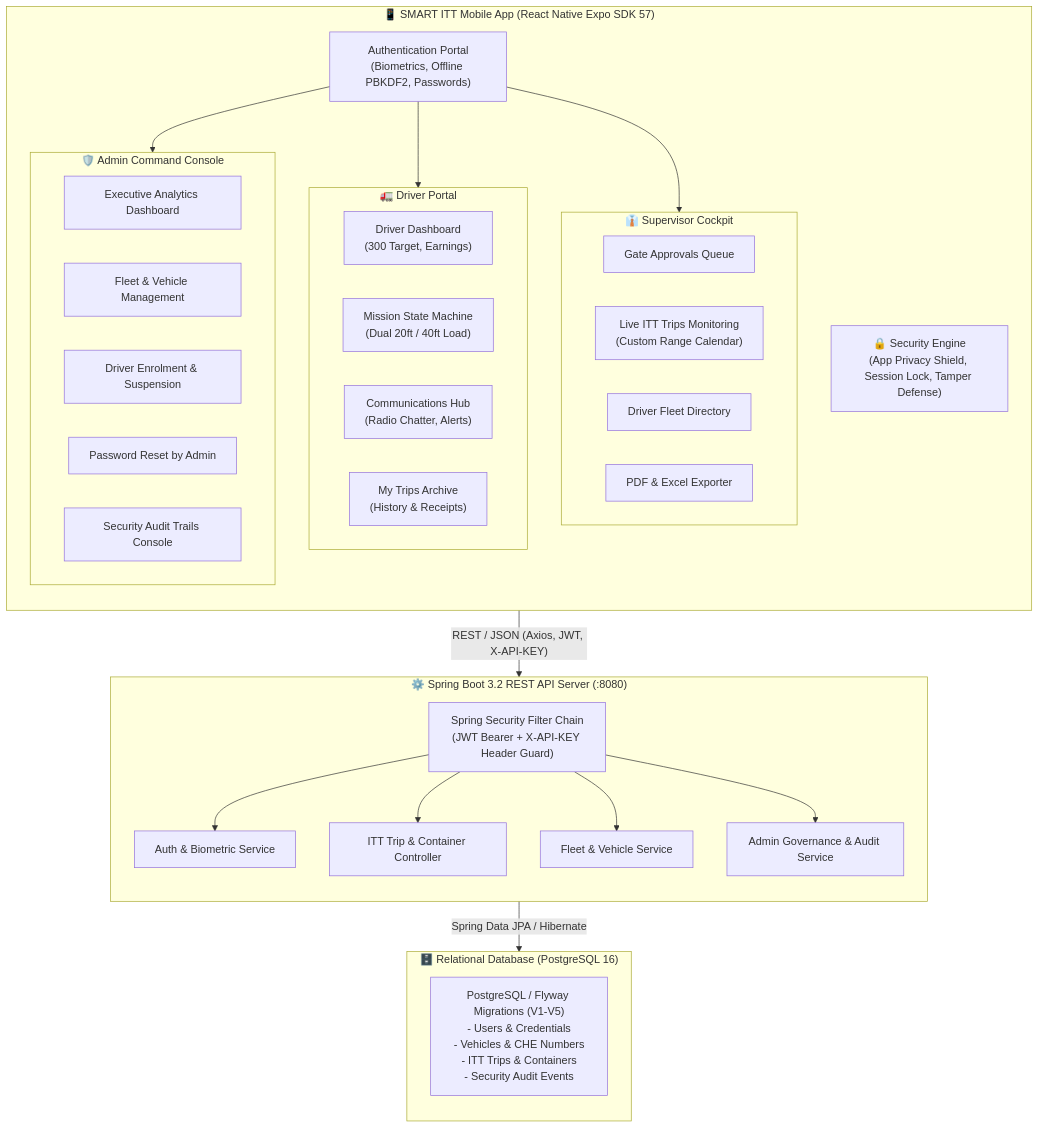
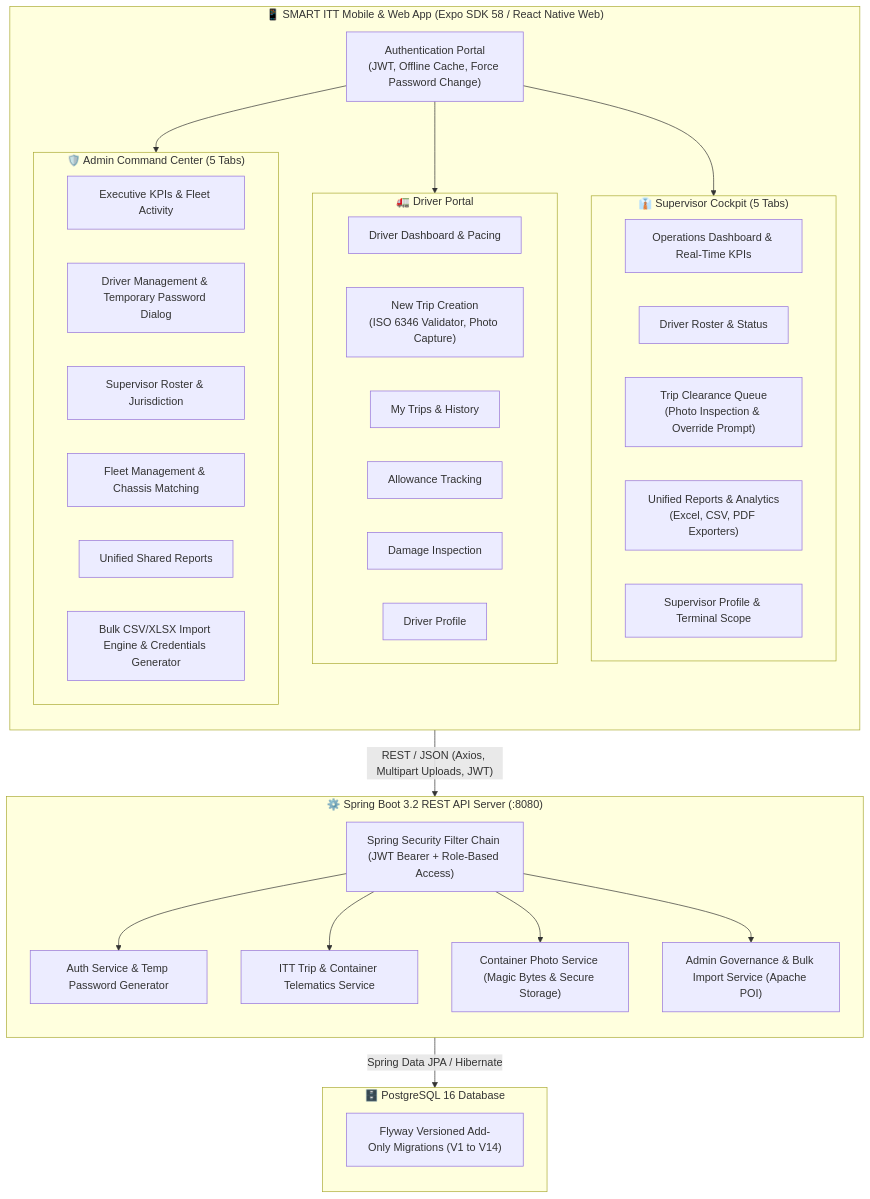
Before and after one commit to Dinuka-Silva/smart-itt-mobile-app: the diagram in README.md, drawn with Mermaid. The commit also changed other lines of this file and 54 other files, not shown here.

Commit message:
feat: complete SMART ITT project with container validation, photo verification and admin suite

````diff
--- a/README.md
+++ b/README.md
@@ -41,55 +23,57 @@
 ```mermaid
 flowchart TD
-    subgraph MobileApp["📱 SMART ITT Mobile App (React Native Expo SDK 57)"]
+    subgraph MobileApp["📱 SMART ITT Mobile & Web App (Expo SDK 58 / React Native Web)"]
         direction TB
-        AuthScreen["Authentication Portal<br/>(Biometrics, Offline PBKDF2, Passwords)"]
+        AuthPortal["Authentication Portal<br/>(JWT, Offline Cache, Force Password Change)"]
         
-        subgraph DriverSection["🚛 Driver Portal"]
-            DHome["Driver Dashboard<br/>(300 Target, Earnings)"]
-            DTrip["Mission State Machine<br/>(Dual 20ft / 40ft Load)"]
-            DMsg["Communications Hub<br/>(Radio Chatter, Alerts)"]
-            DArch["My Trips Archive<br/>(History & Receipts)"]
+        subgraph DriverPortal["🚛 Driver Portal"]
+            DHome["Driver Dashboard & Pacing"]
+            DNew["New Trip Creation<br/>(ISO 6346 Validator, Photo Capture)"]
+            DTrips["My Trips & History"]
+            DAllow["Allowance Tracking"]
+            DDamage["Damage Inspection"]
+            DProfile["Driver Profile"]
         end
         
-        subgraph SupSection["👔 Supervisor Cockpit"]
-            SGate["Gate Approvals Queue"]
-            SMonitor["Live ITT Trips Monitoring<br/>(Custom Range Calendar)"]
-            SDir["Driver Fleet Directory"]
-            SExport["PDF & Excel Exporter"]
+        subgraph SupPortal["👔 Supervisor Cockpit (5 Tabs)"]
+            SHome["Operations Dashboard & Real-Time KPIs"]
+            SDrv["Driver Roster & Status"]
+            STrips["Trip Clearance Queue<br/>(Photo Inspection & Override Prompt)"]
+            SRep["Unified Reports & Analytics<br/>(Excel, CSV, PDF Exporters)"]
+            SProf["Supervisor Profile & Terminal Scope"]
         end
 
-        subgraph AdminSection["🛡️ Admin Command Console"]
-            ADash["Executive Analytics Dashboard"]
-            AFleet["Fleet & Vehicle Management"]
-            ADrv["Driver Enrolment & Suspension"]
-            APass["Password Reset by Admin"]
-            AAudit["Security Audit Trails Console"]
+        subgraph AdminPortal["🛡️ Admin Command Center (5 Tabs)"]
+            ADash["Executive KPIs & Fleet Activity"]
+            ADrv["Driver Management & Temporary Password Dialog"]
+            ASup["Supervisor Roster & Jurisdiction"]
+            AVeh["Fleet Management & Chassis Matching"]
+            ARep["Unified Shared Reports"]
+            ABulk["Bulk CSV/XLSX Import Engine & Credentials Generator"]
         end
-
-        SecEngine["🔒 Security Engine<br/>(App Privacy Shield, Session Lock, Tamper Defense)"]
     end
 
     subgraph BackendAPI["⚙️ Spring Boot 3.2 REST API Server (:8080)"]
         direction TB
-        SecurityFilter["Spring Security Filter Chain<br/>(JWT Bearer + X-API-KEY Header Guard)"]
-        AuthController["Auth & Biometric Service"]
-        TripController["ITT Trip & Container Controller"]
-        FleetController["Fleet & Vehicle Service"]
-        AdminController["Admin Governance & Audit Service"]
+        SecFilter["Spring Security Filter Chain (JWT Bearer + Role-Based Access)"]
+        AuthSvc["Auth Service & Temp Password Generator"]
+        TripSvc["ITT Trip & Container Telematics Service"]
+        PhotoSvc["Container Photo Service (Magic Bytes & Secure Storage)"]
+        AdminSvc["Admin Governance & Bulk Import Service (Apache POI)"]
     end
 
-    subgraph Database["🗄️ Relational Database (PostgreSQL 16)"]
+    subgraph Database["🗄️ PostgreSQL 16 Database"]
         direction TB
-        Tables["PostgreSQL / Flyway Migrations (V1-V5)<br/>- Users & Credentials<br/>- Vehicles & CHE Numbers<br/>- ITT Trips & Containers<br/>- Security Audit Events"]
+        Flyway["Flyway Versioned Add-Only Migrations (V1 to V14)"]
     end
 
-    AuthScreen --> DriverSection
-    AuthScreen --> SupSection
-    AuthScreen --> AdminSection
-    MobileApp -- "REST / JSON (Axios, JWT, X-API-KEY)" --> SecurityFilter
-    SecurityFilter --> AuthController
-    SecurityFilter --> TripController
-    SecurityFilter --> FleetController
-    SecurityFilter --> AdminController
+    AuthPortal --> DriverPortal
+    AuthPortal --> SupPortal
+    AuthPortal --> AdminPortal
+    MobileApp -- "REST / JSON (Axios, Multipart Uploads, JWT)" --> SecFilter
+    SecFilter --> AuthSvc
+    SecFilter --> TripSvc
+    SecFilter --> PhotoSvc
+    SecFilter --> AdminSvc
     BackendAPI -- "Spring Data JPA / Hibernate" --> Database
 ```
````
